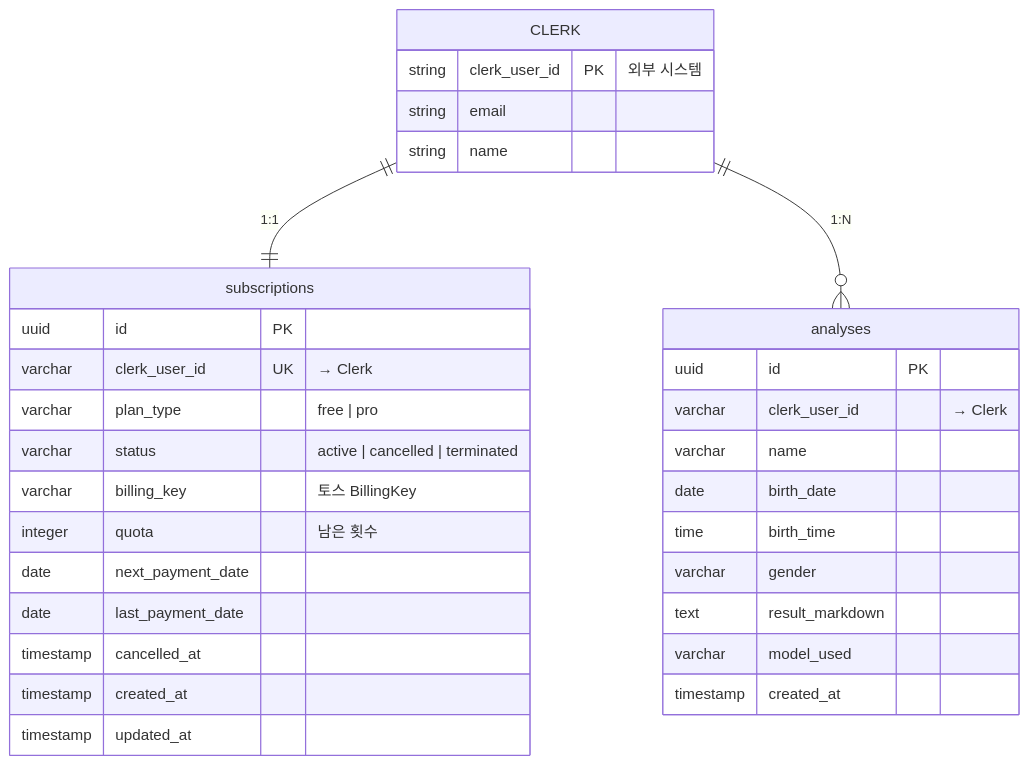
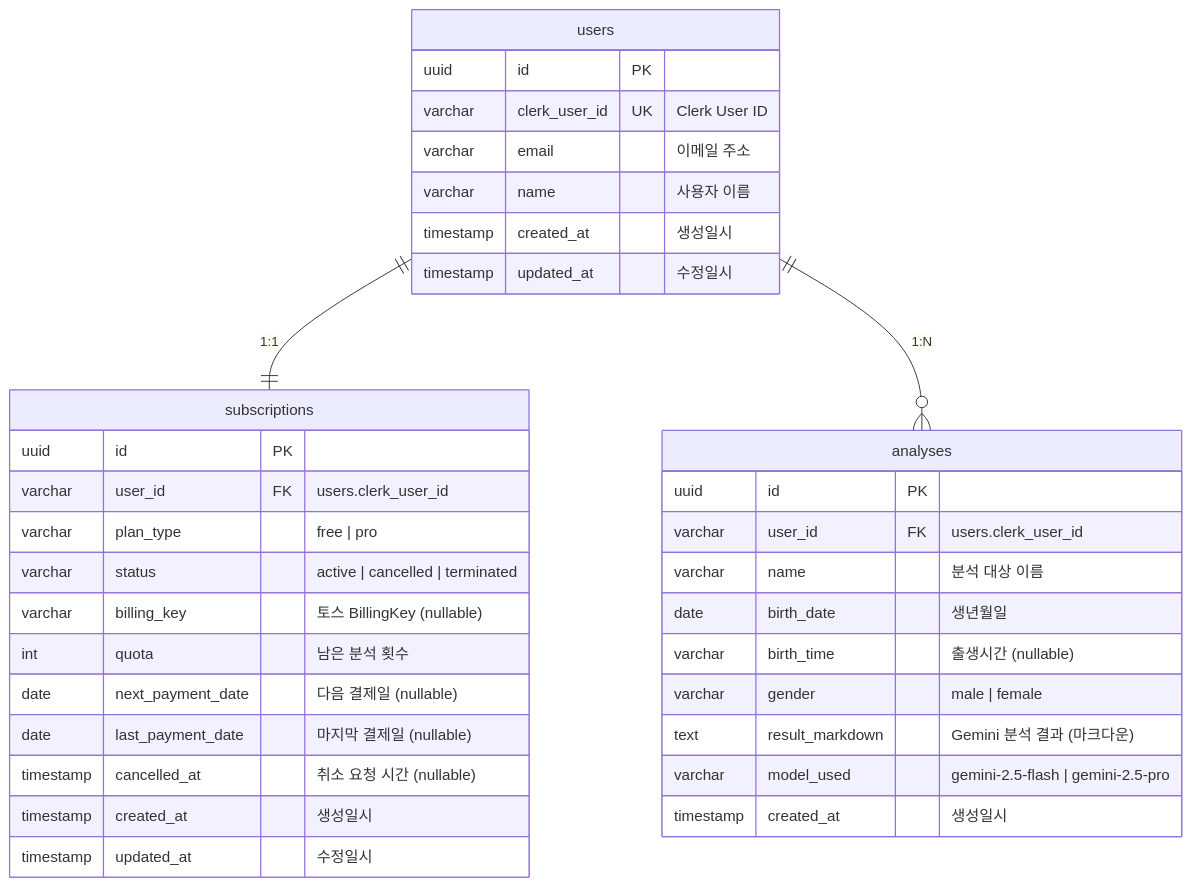
The diagram in docs/database.md (idoforgod/3-2-saju), drawn with Mermaid before and after one commit. The commit also changed other lines of this file and 1 other file, not shown here.

````diff
--- a/docs/database.md
+++ b/docs/database.md
@@ -103,37 +105,40 @@
 ```mermaid
 erDiagram
-    CLERK ||--|| subscriptions : "1:1"
-    CLERK ||--o{ analyses : "1:N"
+    users ||--|| subscriptions : "1:1"
+    users ||--o{ analyses : "1:N"
 
-    CLERK {
-        string clerk_user_id PK "외부 시스템"
-        string email
-        string name
+    users {
+        uuid id PK
+        varchar clerk_user_id UK "Clerk User ID"
+        varchar email "이메일 주소"
+        varchar name "사용자 이름"
+        timestamp created_at "생성일시"
+        timestamp updated_at "수정일시"
     }
 
     subscriptions {
         uuid id PK
-        varchar clerk_user_id UK "→ Clerk"
+        varchar user_id FK "users.clerk_user_id"
         varchar plan_type "free | pro"
         varchar status "active | cancelled | terminated"
-        varchar billing_key "토스 BillingKey"
-        integer quota "남은 횟수"
-        date next_payment_date
-        date last_payment_date
-        timestamp cancelled_at
-        timestamp created_at
-        timestamp updated_at
+        varchar billing_key "토스 BillingKey (nullable)"
+        int quota "남은 분석 횟수"
+        date next_payment_date "다음 결제일 (nullable)"
+        date last_payment_date "마지막 결제일 (nullable)"
+        timestamp cancelled_at "취소 요청 시간 (nullable)"
+        timestamp created_at "생성일시"
+        timestamp updated_at "수정일시"
     }
 
     analyses {
         uuid id PK
-        varchar clerk_user_id "→ Clerk"
-        varchar name
-        date birth_date
-        time birth_time
-        varchar gender
-        text result_markdown
-        varchar model_used
-        timestamp created_at
+        varchar user_id FK "users.clerk_user_id"
+        varchar name "분석 대상 이름"
+        date birth_date "생년월일"
+        varchar birth_time "출생시간 (nullable)"
+        varchar gender "male | female"
+        text result_markdown "Gemini 분석 결과 (마크다운)"
+        varchar model_used "gemini-2.5-flash | gemini-2.5-pro"
+        timestamp created_at "생성일시"
     }
 ```
````
